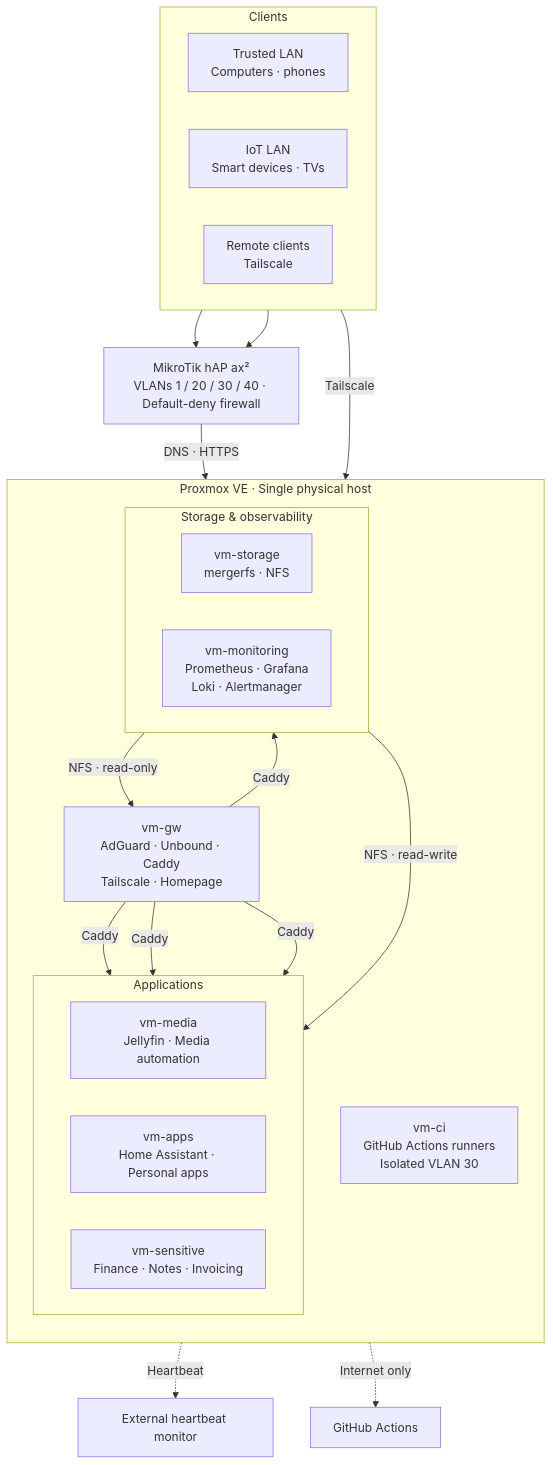
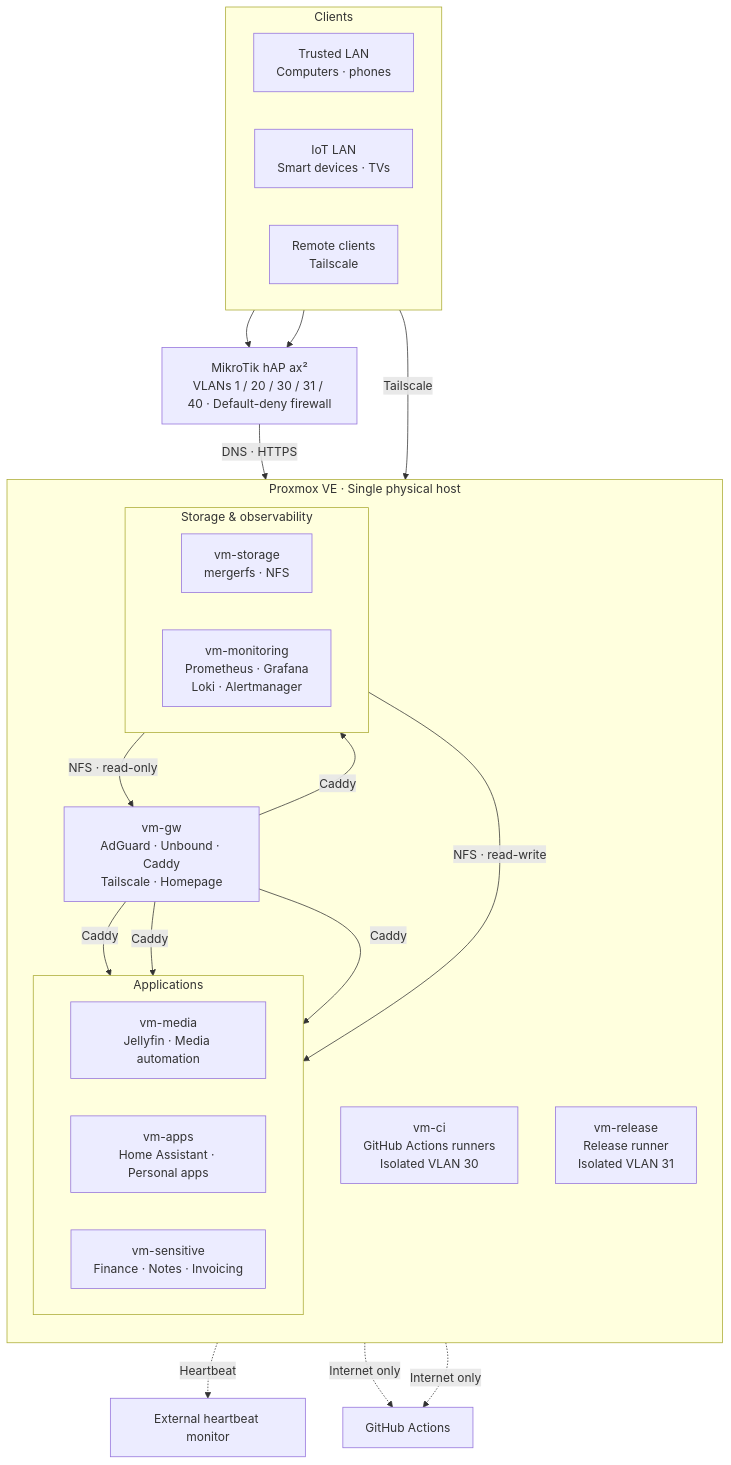
One commit to shakirware/homelab-nix changed the diagram in docs/assets/architecture.mmd. Above: the diagram before and after it, drawn with Mermaid. The commit also changed 3 other files, not shown here.

Commit message:
docs: describe vm-release and the release VLAN

```diff
--- a/docs/assets/architecture.mmd
+++ b/docs/assets/architecture.mmd
@@ -1,51 +1,53 @@
 %% Source of architecture.svg. Mermaid Live exports omit the viewBox;
 %% add one (and a width/height) or GitHub shows the diagram cropped.
 flowchart TB
     subgraph clients["Clients"]
         direction LR
         trusted["Trusted LAN<br/>Computers · phones"]
         iot["IoT LAN<br/>Smart devices · TVs"]
         remote["Remote clients<br/>Tailscale"]
     end
 
-    router["MikroTik hAP ax²<br/>VLANs 1 / 20 / 30 / 40 · Default-deny firewall"]
+    router["MikroTik hAP ax²<br/>VLANs 1 / 20 / 30 / 31 / 40 · Default-deny firewall"]
 
     subgraph pve["Proxmox VE · Single physical host"]
         direction TB
 
         gw["vm-gw<br/>AdGuard · Unbound · Caddy<br/>Tailscale · Homepage"]
 
         subgraph applications["Applications"]
             direction LR
             media["vm-media<br/>Jellyfin · Media automation"]
             apps["vm-apps<br/>Home Assistant · Personal apps"]
             sensitive["vm-sensitive<br/>Finance · Notes · Invoicing"]
         end
 
         subgraph infrastructure["Storage & observability"]
             direction LR
             storage["vm-storage<br/>mergerfs · NFS"]
             monitoring["vm-monitoring<br/>Prometheus · Grafana<br/>Loki · Alertmanager"]
         end
 
         ci["vm-ci<br/>GitHub Actions runners<br/>Isolated VLAN 30"]
+        release["vm-release<br/>Release runner<br/>Isolated VLAN 31"]
     end
 
     external["External heartbeat monitor"]
     github["GitHub Actions"]
 
     trusted --> router
     iot --> router
     router -->|"DNS · HTTPS"| gw
     remote -->|"Tailscale"| gw
 
     gw -->|"Caddy"| media
     gw -->|"Caddy"| apps
     gw -->|"Caddy"| sensitive
     gw -->|"Caddy"| monitoring
 
     storage -->|"NFS · read-write"| media
     storage -->|"NFS · read-only"| gw
 
     monitoring -.->|"Heartbeat"| external
     ci -.->|"Internet only"| github
+    release -.->|"Internet only"| github
```
